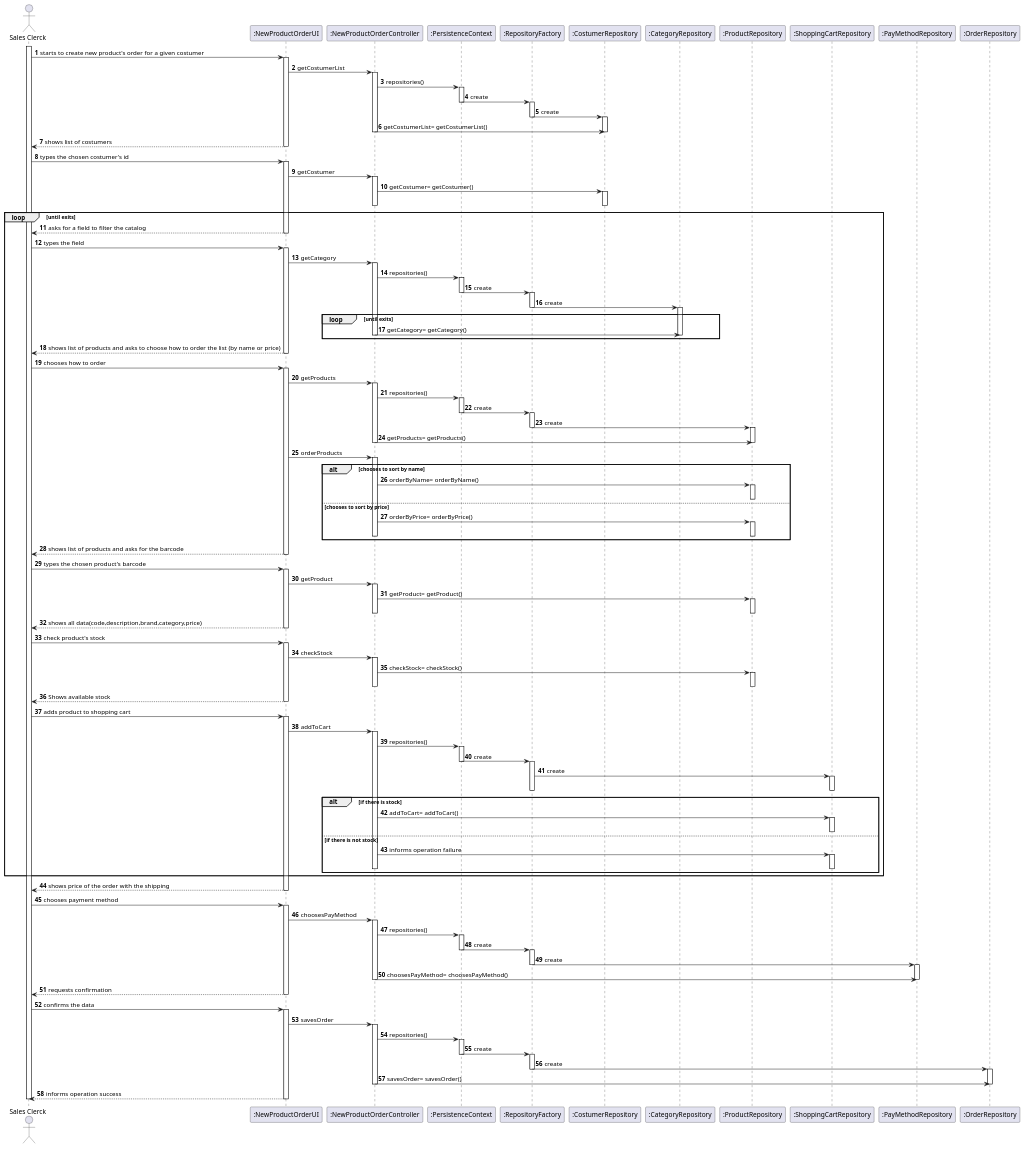
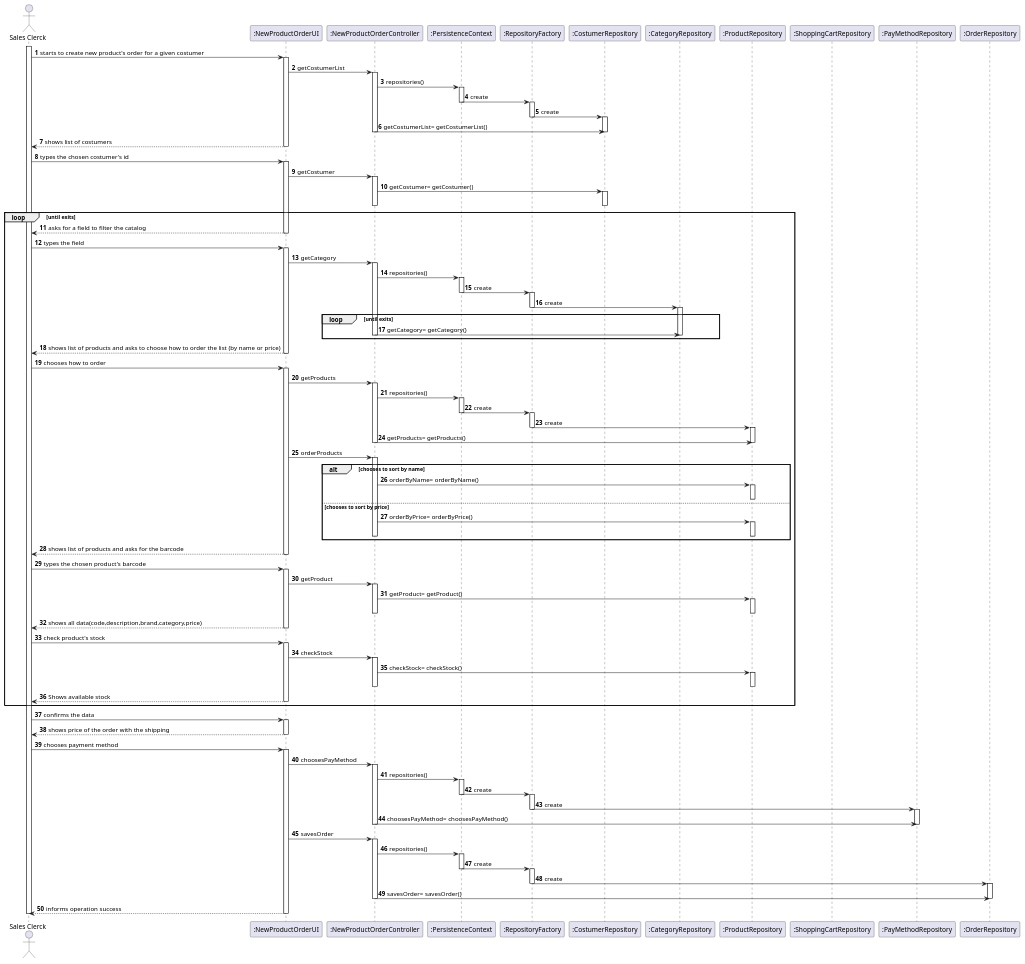
Before and after one commit to marttuga/LAPR4-SmartSystems: the diagram in docs/Sprint2/US1004/US1004_SD.puml, drawn with PlantUML. The commit also changed 5 other files, not shown here.

```diff
--- a/docs/Sprint2/US1004/US1004_SD.puml
+++ b/docs/Sprint2/US1004/US1004_SD.puml
@@ -147,40 +147,14 @@
 UI --> SC : Shows available stock
 deactivate UI
 
+end loop
 
-SC -> UI : adds product to shopping cart
+SC -> UI : confirms the data
+
 activate UI
 
 
-UI -> CTRL : addToCart
-activate CTRL
-CTRL -> PC : repositories()
-
-activate PC
-PC -> RF : create
-deactivate PC
-activate RF
-RF -> ShopRepo : create
-activate ShopRepo
-deactivate RF
-deactivate ShopRepo
-
-alt if there is stock
-CTRL -> ShopRepo : addToCart= addToCart()
-activate ShopRepo
-deactivate ShopRepo
-
-else if there is not stock
-CTRL -> ShopRepo : informs operation failure
-activate ShopRepo
-deactivate CTRL
-deactivate ShopRepo
-end
-
-end loop
-
 UI --> SC : shows price of the order with the shipping
-deactivate UI
 deactivate UI
 
 SC -> UI : chooses payment method
@@ -203,11 +177,7 @@
 deactivate CTRL
 deactivate PayRepo
 
-UI --> SC : requests confirmation
 
-deactivate UI
-SC -> UI : confirms the data
-activate UI
 
 UI -> CTRL : savesOrder
 activate CTRL
```
